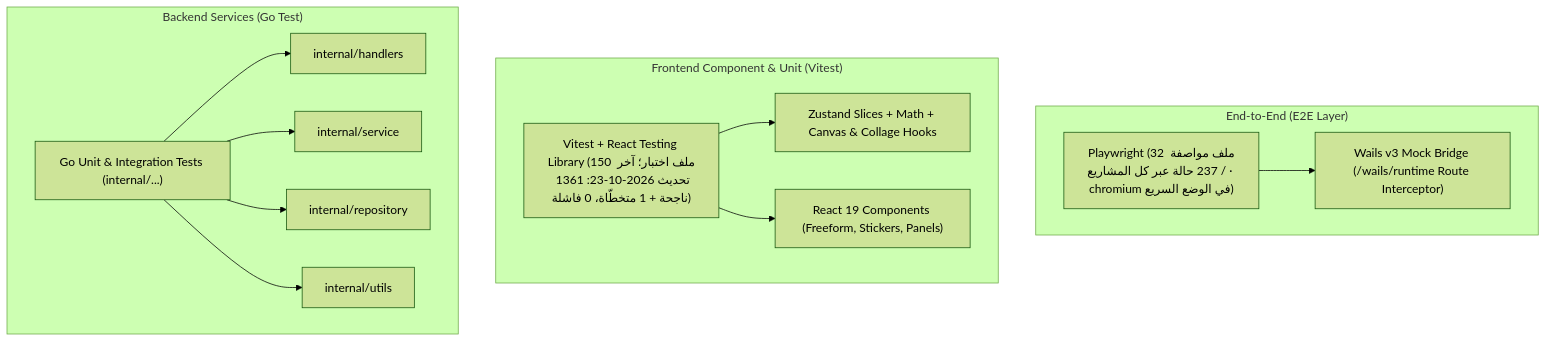
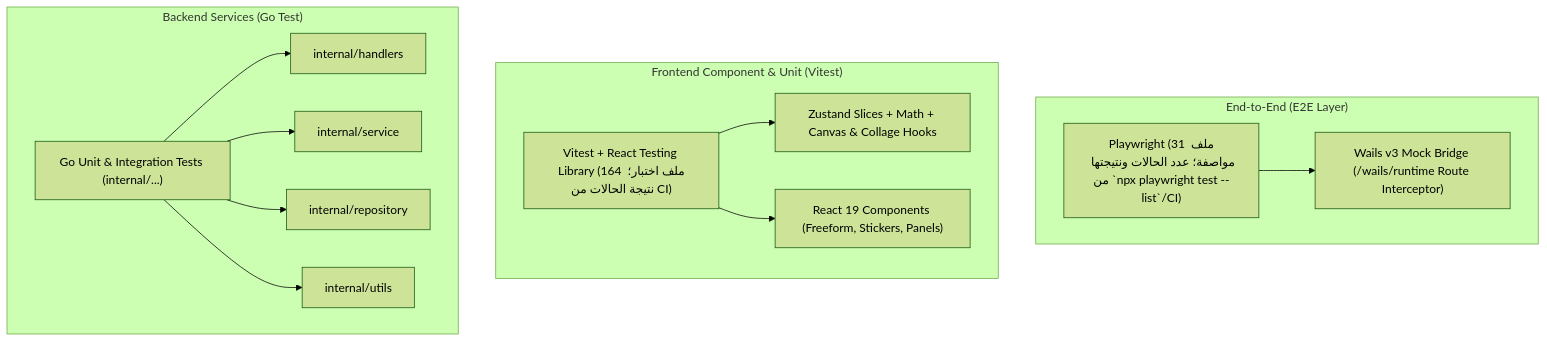
The diagram in docs/testing_guide.md (wisam79/grido), drawn with Mermaid (forest theme) before and after one commit. The commit also changed other lines of this file and 85 other files, not shown here.

````diff
--- a/docs/testing_guide.md
+++ b/docs/testing_guide.md
@@ -186,28 +232,28 @@
 ```mermaid
 flowchart TD
     subgraph E2E ["End-to-End (E2E Layer)"]
-        PW["Playwright (32 ملف مواصفة / 237 حالة عبر كل المشاريع · chromium في الوضع السريع)"]
+        PW["Playwright (31 ملف مواصفة؛ عدد الحالات ونتيجتها من `npx playwright test --list`/CI)"]
         Bridge["Wails v3 Mock Bridge (/wails/runtime Route Interceptor)"]
         PW --> Bridge
     end
 
     subgraph FE ["Frontend Component & Unit (Vitest)"]
-        VTests["Vitest + React Testing Library (150 ملف اختبار؛ آخر تحديث 2026-10-23: 1361 ناجحة + 1 متخطّاة، 0 فاشلة)"]
+        VTests["Vitest + React Testing Library (164 ملف اختبار؛ نتيجة الحالات من CI)"]
         Zustand["Zustand Slices + Math + Canvas & Collage Hooks"]
         Comps["React 19 Components (Freeform, Stickers, Panels)"]
         VTests --> Zustand
         VTests --> Comps
     end
 
     subgraph BE ["Backend Services (Go Test)"]
         GoTests["Go Unit & Integration Tests (internal/...)"]
         Handlers["internal/handlers"]
         Services["internal/service"]
         Repo["internal/repository"]
         Utils["internal/utils"]
         GoTests --> Handlers
         GoTests --> Services
         GoTests --> Repo
         GoTests --> Utils
     end
 ```
````
